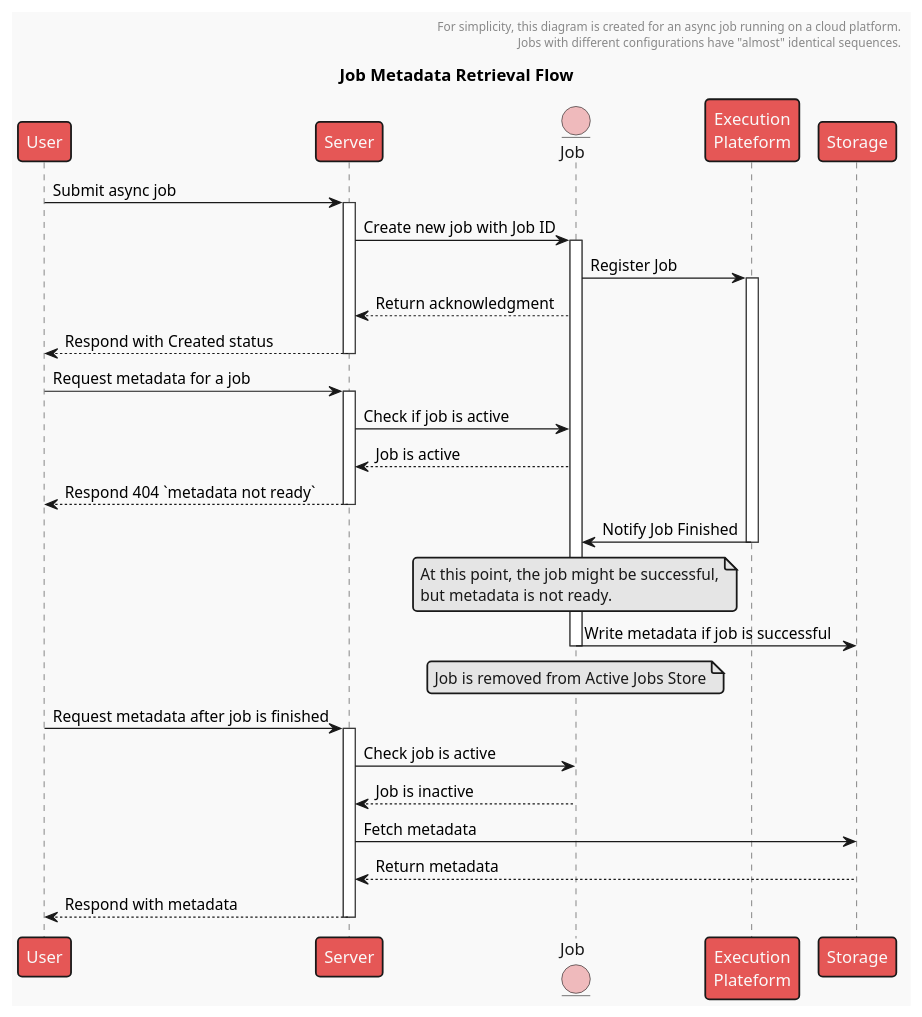
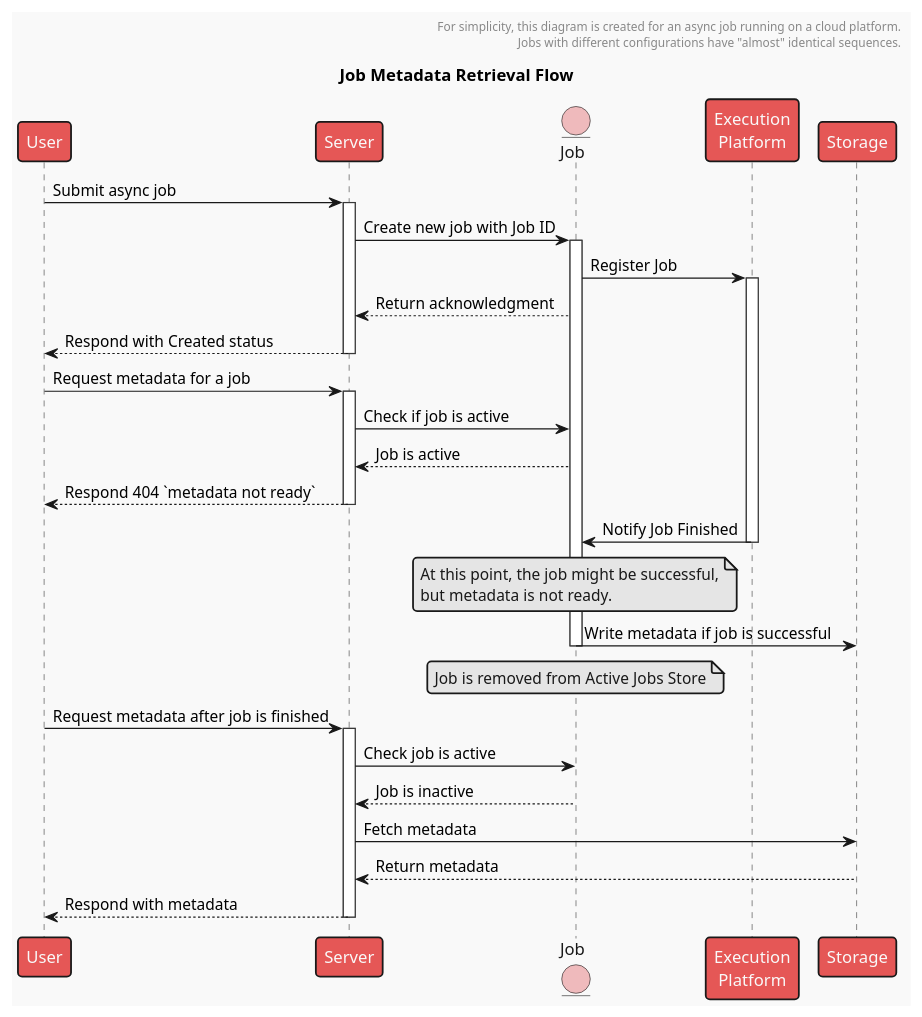
The diagram in imgs/umls/sequence-diagrams/metadata.puml (Dewberry/process-api), drawn with PlantUML before and after one commit. The commit also changed 7 other files, not shown here.

```diff
--- a/imgs/umls/sequence-diagrams/metadata.puml
+++ b/imgs/umls/sequence-diagrams/metadata.puml
@@ -1,54 +1,54 @@
 @startuml metadata
 !theme mars
 
 title Job Metadata Retrieval Flow
 header
     For simplicity, this diagram is created for an async job running on a cloud platform.
     Jobs with different configurations have "almost" identical sequences.
 end header
 
 participant User
 participant Server
 entity Job
-participant "Execution\nPlateform"
+participant "Execution\nPlatform"
 participant Storage
 
 User -> Server: Submit async job
 activate Server
 
 Server -> Job: Create new job with Job ID
 activate Job
-Job -> "Execution\nPlateform": Register Job
-activate "Execution\nPlateform"
+Job -> "Execution\nPlatform": Register Job
+activate "Execution\nPlatform"
 
 Job --> Server: Return acknowledgment
 Server --> User: Respond with Created status
 deactivate Server
 
 User -> Server: Request metadata for a job
 activate Server
 Server -> Job: Check if job is active
 Job --> Server: Job is active
 Server --> User: Respond 404 `metadata not ready`
 deactivate Server
 
 
-"Execution\nPlateform" -> Job: Notify Job Finished
-deactivate "Execution\nPlateform"
+"Execution\nPlatform" -> Job: Notify Job Finished
+deactivate "Execution\nPlatform"
 note over Job: At this point, the job might be successful,\nbut metadata is not ready.
 
 Job -> Storage:  Write metadata if job is successful
 deactivate Job
 
 note over Job: Job is removed from Active Jobs Store
 
 User -> Server: Request metadata after job is finished
 activate Server
 Server -> Job: Check job is active
 Job --> Server: Job is inactive
 Server -> Storage: Fetch metadata
 Storage --> Server: Return metadata
 Server --> User: Respond with metadata
 deactivate Server
 
 @enduml
```
